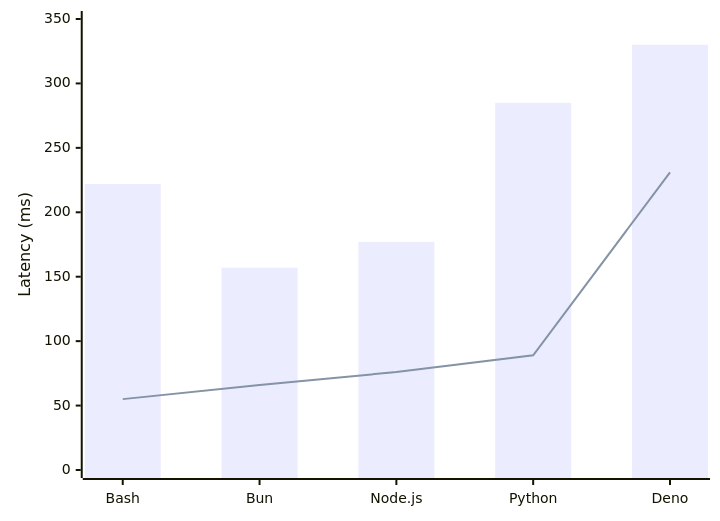
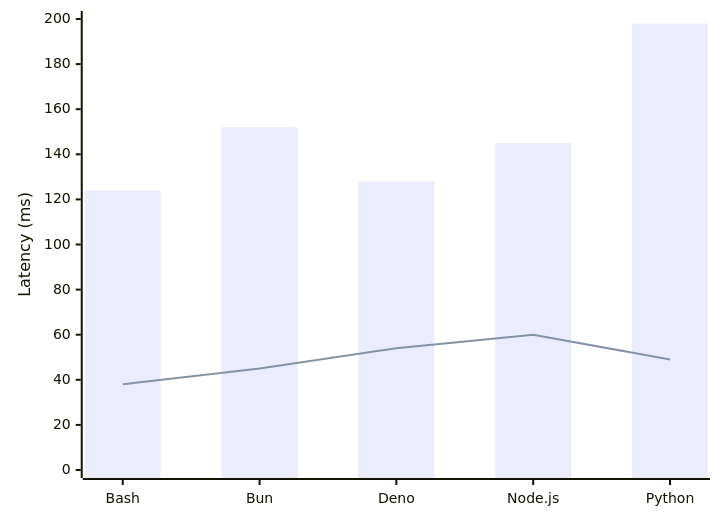
Before and after one commit to Illusion47586/isol8: the second of 4 diagrams in docs/benchmarks.mdx, drawn with Mermaid. The commit also changed other lines of this file and 13 other files, not shown here.

````diff
--- a/docs/benchmarks.mdx
+++ b/docs/benchmarks.mdx
@@ -85,15 +85,15 @@
 ```mermaid
 ---
 config:
   xyChart:
     xAxis:
       label: "Runtime"
     yAxis:
       label: "Latency (ms)"
 ---
 xychart-beta
-    x-axis ["Bash", "Bun", "Node.js", "Python", "Deno"]
-    y-axis "Latency (ms)" 0 --> 350
-    bar [222, 157, 177, 285, 330]
-    line [55, 66, 76, 89, 231]
+    x-axis ["Bash", "Bun", "Deno", "Node.js", "Python"]
+    y-axis "Latency (ms)" 0 --> 200
+    bar [124, 152, 128, 145, 198]
+    line [38, 45, 54, 60, 49]
 ```
````
